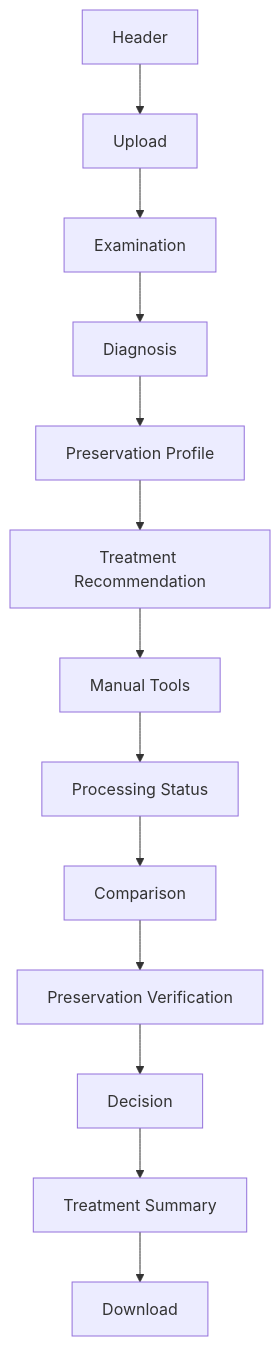
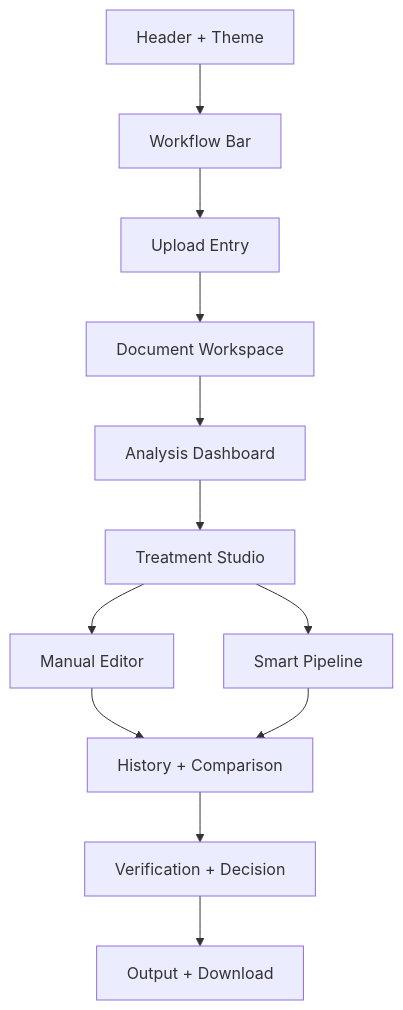
One commit to Alhareith/manuscript-doctor changed the second of 7 diagrams in docs/frontend-components.md. Above: the diagram before and after it, drawn with Mermaid. The commit also changed other lines of this file and 168 other files, not shown here.

````diff
--- a/docs/frontend-components.md
+++ b/docs/frontend-components.md
@@ -24,18 +32,14 @@
 ```mermaid
 flowchart TD
-    A["Header"]
-    B["Upload"]
-    C["Examination"]
-    D["Diagnosis"]
-    E["Preservation Profile"]
-    F["Treatment Recommendation"]
-    G["Manual Tools"]
-    H["Processing Status"]
-    I["Comparison"]
-    J["Preservation Verification"]
-    K["Decision"]
-    L["Treatment Summary"]
-    M["Download"]
-
-    A --> B --> C --> D --> E --> F --> G --> H --> I --> J --> K --> L --> M
+    H["Header + Theme"] --> W["Workflow Bar"]
+    W --> U["Upload Entry"]
+    U --> X["Document Workspace"]
+    X --> A["Analysis Dashboard"]
+    A --> T["Treatment Studio"]
+    T --> M["Manual Editor"]
+    T --> S["Smart Pipeline"]
+    M --> R["History + Comparison"]
+    S --> R
+    R --> V["Verification + Decision"]
+    V --> O["Output + Download"]
 ```
````
